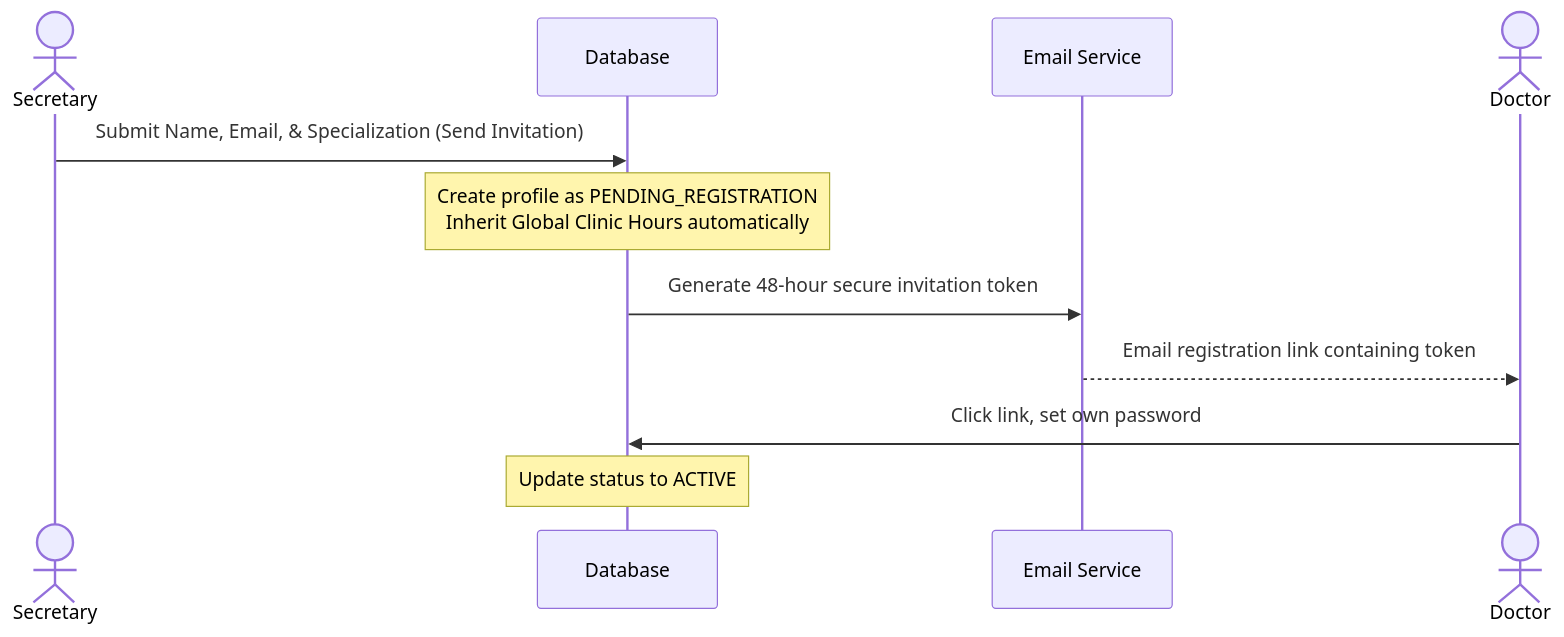
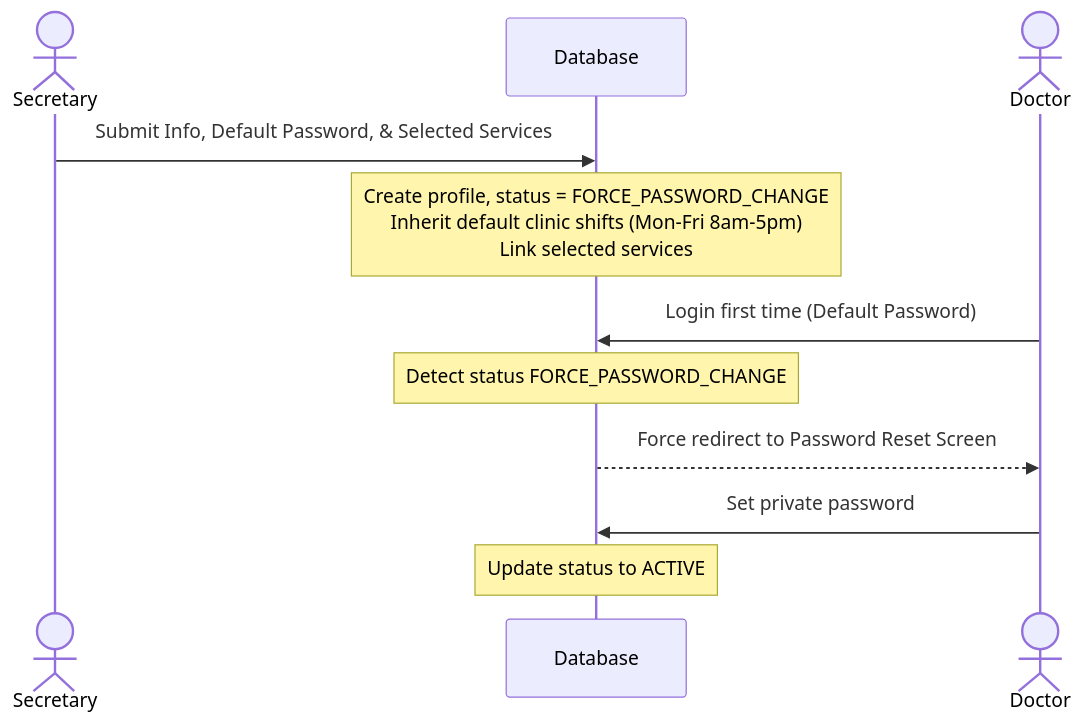
The diagram in .CORE_DOCUMENTATION/SERVERLESS_ARCHI/1-BUSSINESS-PLAN/5-SECRETARY-PORTAL/13-DOCTORS.md (ChrstprJohn/SamsonDentalCenterWebsite), drawn with Mermaid before and after one commit. The commit also changed other lines of this file and 69 other files, not shown here.

First line of the commit message:
feat: implement doctor status states (ACTIVE, HIDDEN, ARCHIVED)

````diff
--- a/.CORE_DOCUMENTATION/SERVERLESS_ARCHI/1-BUSSINESS-PLAN/5-SECRETARY-PORTAL/13-DOCTORS.md
+++ b/.CORE_DOCUMENTATION/SERVERLESS_ARCHI/1-BUSSINESS-PLAN/5-SECRETARY-PORTAL/13-DOCTORS.md
@@ -13,14 +13,14 @@
 ```mermaid
 sequenceDiagram
-    actor S as Secretary
-    participant DB as Database
-    participant E as Email Service
-    actor D as Doctor
+  actor S as Secretary
+  participant DB as Database
+  actor D as Doctor
 
-    S->>DB: Submit Name, Email, & Specialization (Send Invitation)
-    Note over DB: Create profile as PENDING_REGISTRATION<br/>Inherit Global Clinic Hours automatically
-    DB->>E: Generate 48-hour secure invitation token
-    E-->>D: Email registration link containing token
-    D->>DB: Click link, set own password
-    Note over DB: Update status to ACTIVE
+  S->>DB: Submit Info, Default Password, & Selected Services
+  Note over DB: Create profile, status = FORCE_PASSWORD_CHANGE<br/>Inherit default clinic shifts (Mon-Fri 8am-5pm)<br/>Link selected services
+  D->>DB: Login first time (Default Password)
+  Note over DB: Detect status FORCE_PASSWORD_CHANGE
+  DB-->>D: Force redirect to Password Reset Screen
+  D->>DB: Set private password
+  Note over DB: Update status to ACTIVE
 ```
````
